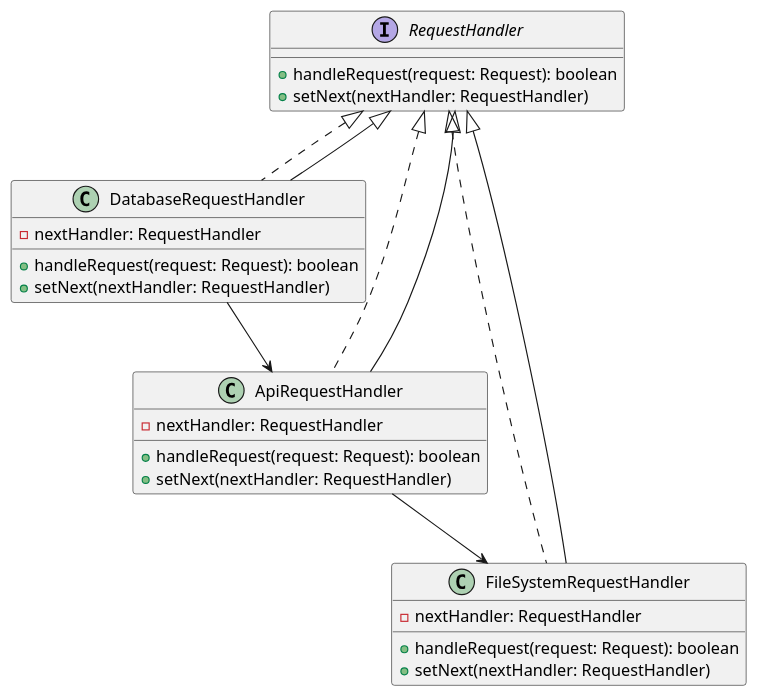
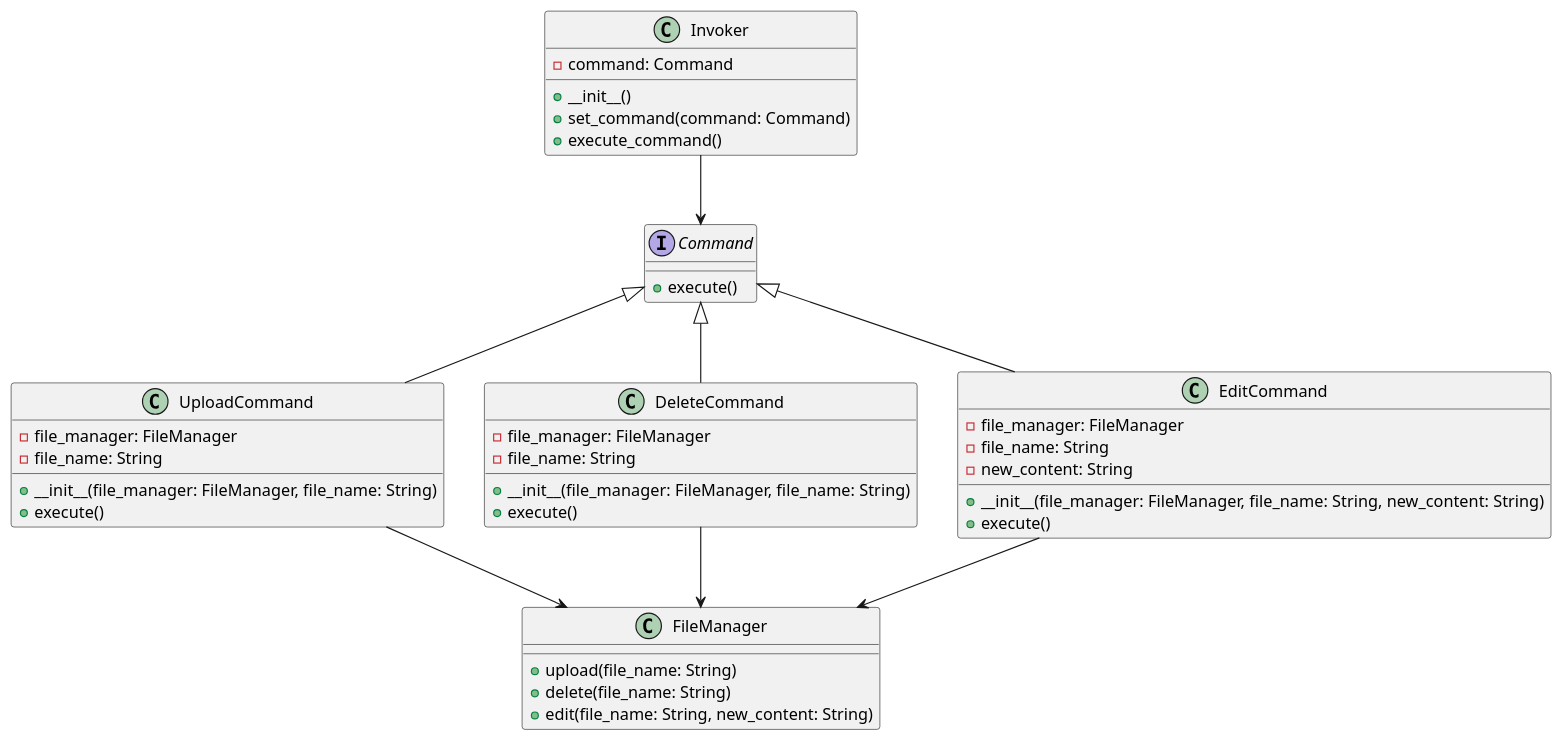
The diagram in klassifikaciya-patternov/povedencheskie-patterny-behavioral-patterns/komanda-command/primery/obrabotka-failov-i-zagruzok/python.md (andrewovchinnikov/design-patterns), drawn with PlantUML before and after one commit. The commit also changed other lines of this file and 79 other files, not shown here.

````diff
--- a/klassifikaciya-patternov/povedencheskie-patterny-behavioral-patterns/komanda-command/primery/obrabotka-failov-i-zagruzok/python.md
+++ b/klassifikaciya-patternov/povedencheskie-patterny-behavioral-patterns/komanda-command/primery/obrabotka-failov-i-zagruzok/python.md
@@ -14,32 +124,50 @@
 ```plantuml
 @startuml
-interface RequestHandler {
-    +handleRequest(request: Request): boolean
-    +setNext(nextHandler: RequestHandler)
+interface Command {
+    +execute()
 }
 
-class DatabaseRequestHandler implements RequestHandler {
-    -nextHandler: RequestHandler
-    +handleRequest(request: Request): boolean
-    +setNext(nextHandler: RequestHandler)
+class UploadCommand {
+    -file_manager: FileManager
+    -file_name: String
+    +__init__(file_manager: FileManager, file_name: String)
+    +execute()
 }
 
-class ApiRequestHandler implements RequestHandler {
-    -nextHandler: RequestHandler
-    +handleRequest(request: Request): boolean
-    +setNext(nextHandler: RequestHandler)
+class DeleteCommand {
+    -file_manager: FileManager
+    -file_name: String
+    +__init__(file_manager: FileManager, file_name: String)
+    +execute()
 }
 
-class FileSystemRequestHandler implements RequestHandler {
-    -nextHandler: RequestHandler
-    +handleRequest(request: Request): boolean
-    +setNext(nextHandler: RequestHandler)
+class EditCommand {
+    -file_manager: FileManager
+    -file_name: String
+    -new_content: String
+    +__init__(file_manager: FileManager, file_name: String, new_content: String)
+    +execute()
 }
 
-RequestHandler <|-- DatabaseRequestHandler
-RequestHandler <|-- ApiRequestHandler
-RequestHandler <|-- FileSystemRequestHandler
-DatabaseRequestHandler --> ApiRequestHandler
-ApiRequestHandler --> FileSystemRequestHandler
+class FileManager {
+    +upload(file_name: String)
+    +delete(file_name: String)
+    +edit(file_name: String, new_content: String)
+}
+
+class Invoker {
+    -command: Command
+    +__init__()
+    +set_command(command: Command)
+    +execute_command()
+}
+
+Command <|-- UploadCommand
+Command <|-- DeleteCommand
+Command <|-- EditCommand
+UploadCommand --> FileManager
+DeleteCommand --> FileManager
+EditCommand --> FileManager
+Invoker --> Command
 @enduml
 ```
````
